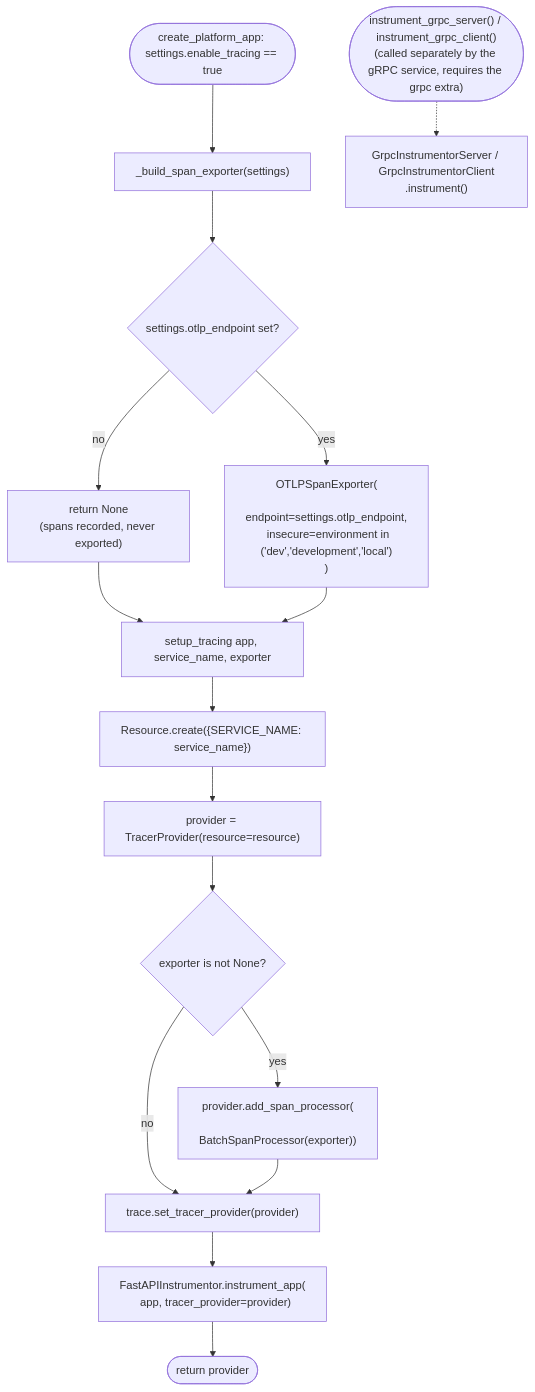
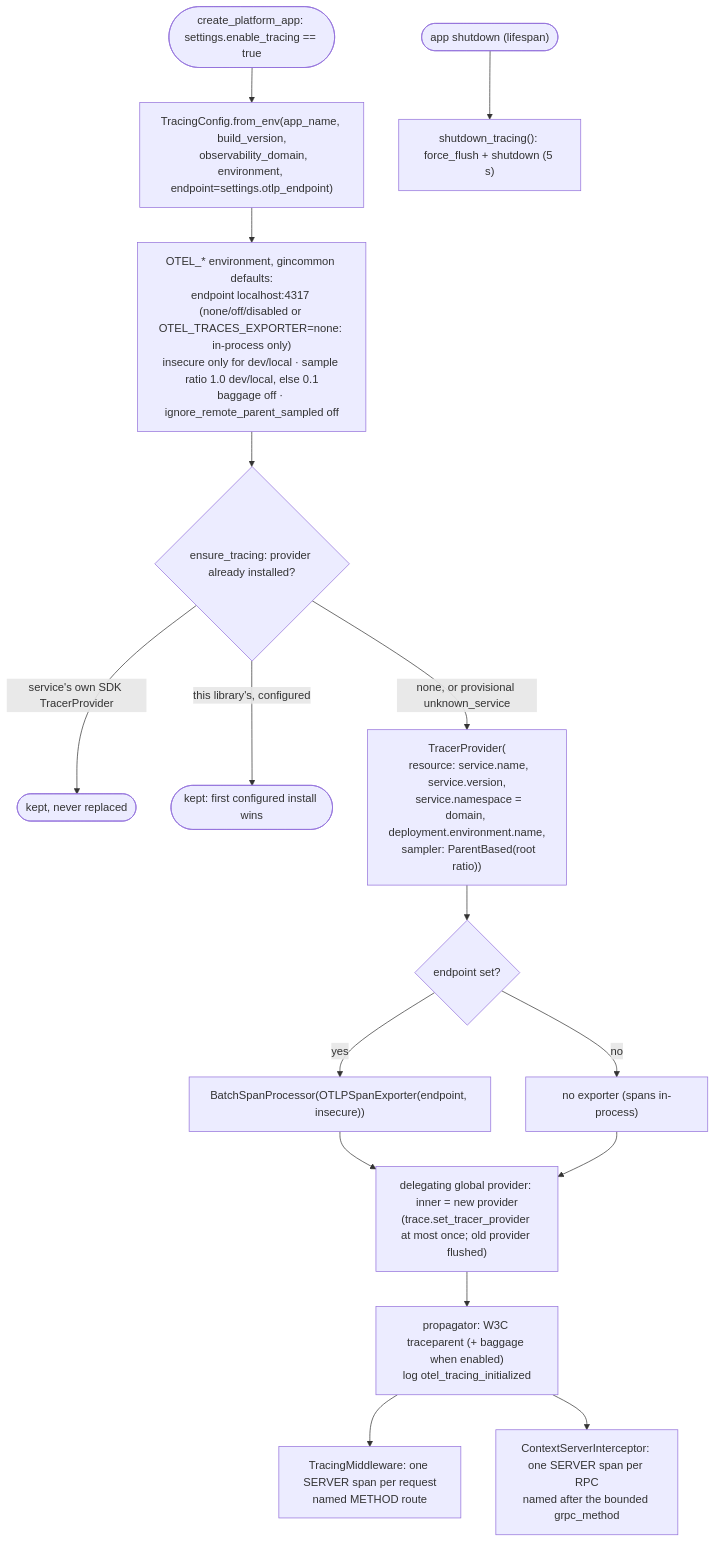
Before and after one commit to BCBP-SOLUTIONS-FZC-LLC/platform-fastapicommon: the diagram in docs/architecture/mermaid/tracing-initialization.mmd, drawn with Mermaid. The commit also changed 72 other files, not shown here.

```diff
--- a/docs/architecture/mermaid/tracing-initialization.mmd
+++ b/docs/architecture/mermaid/tracing-initialization.mmd
@@ -1,19 +1,16 @@
 flowchart TD
-    A([create_platform_app: settings.enable_tracing == true]) --> B["_build_span_exporter(settings)"]
-    B --> C{settings.otlp_endpoint set?}
-    C -- no --> D["return None\n(spans recorded, never exported)"]
-    C -- yes --> E["OTLPSpanExporter(\n  endpoint=settings.otlp_endpoint,\n  insecure=environment in ('dev','development','local')\n)"]
-
-    D --> F[setup_tracing app, service_name, exporter]
-    E --> F
-
-    F --> G["Resource.create({SERVICE_NAME: service_name})"]
-    G --> H["provider = TracerProvider(resource=resource)"]
-    H --> I{exporter is not None?}
-    I -- yes --> J["provider.add_span_processor(\n  BatchSpanProcessor(exporter))"]
-    I -- no --> K
-    J --> K["trace.set_tracer_provider(provider)"]
-    K --> L["FastAPIInstrumentor.instrument_app(\n  app, tracer_provider=provider)"]
-    L --> M([return provider])
-
-    N(["instrument_grpc_server() / instrument_grpc_client()\n(called separately by the gRPC service, requires the grpc extra)"]) -.-> O["GrpcInstrumentorServer / GrpcInstrumentorClient\n.instrument()"]
+    A([create_platform_app: settings.enable_tracing == true]) --> B["TracingConfig.from_env(app_name, build_version,\n  observability_domain, environment, endpoint=settings.otlp_endpoint)"]
+    B --> C["OTEL_* environment, gincommon defaults:\nendpoint localhost:4317 (none/off/disabled or OTEL_TRACES_EXPORTER=none: in-process only)\ninsecure only for dev/local · sample ratio 1.0 dev/local, else 0.1\nbaggage off · ignore_remote_parent_sampled off"]
+    C --> D{ensure_tracing: provider already installed?}
+    D -- "service's own SDK TracerProvider" --> K([kept, never replaced])
+    D -- "this library's, configured" --> K2([kept: first configured install wins])
+    D -- "none, or provisional unknown_service" --> E["TracerProvider(\n  resource: service.name, service.version,\n  service.namespace = domain, deployment.environment.name,\n  sampler: ParentBased(root ratio))"]
+    E --> F{endpoint set?}
+    F -- yes --> G["BatchSpanProcessor(OTLPSpanExporter(endpoint, insecure))"]
+    F -- no --> H["no exporter (spans in-process)"]
+    G --> I["delegating global provider: inner = new provider\n(trace.set_tracer_provider at most once; old provider flushed)"]
+    H --> I
+    I --> J["propagator: W3C traceparent (+ baggage when enabled)\nlog otel_tracing_initialized"]
+    J --> L["TracingMiddleware: one SERVER span per request\nnamed METHOD route"]
+    J --> M["ContextServerInterceptor: one SERVER span per RPC\nnamed after the bounded grpc_method"]
+    N(["app shutdown (lifespan)"]) --> O["shutdown_tracing(): force_flush + shutdown (5 s)"]
```
